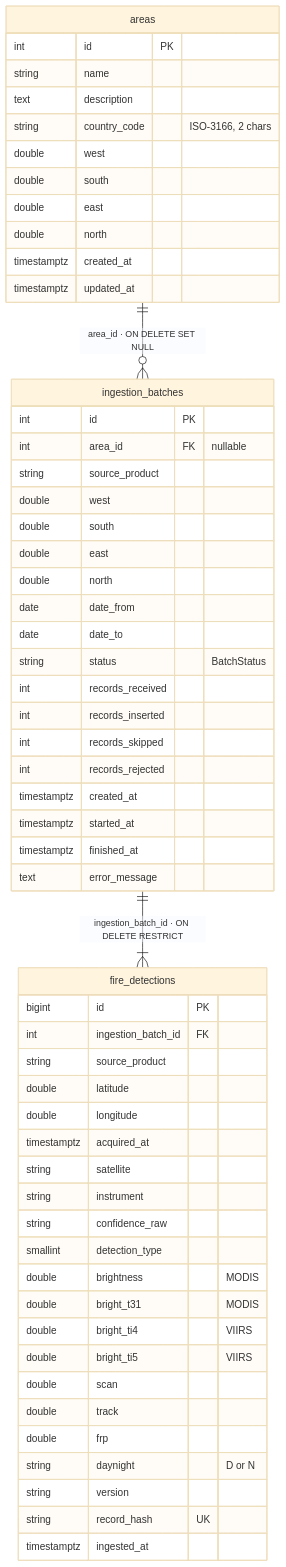
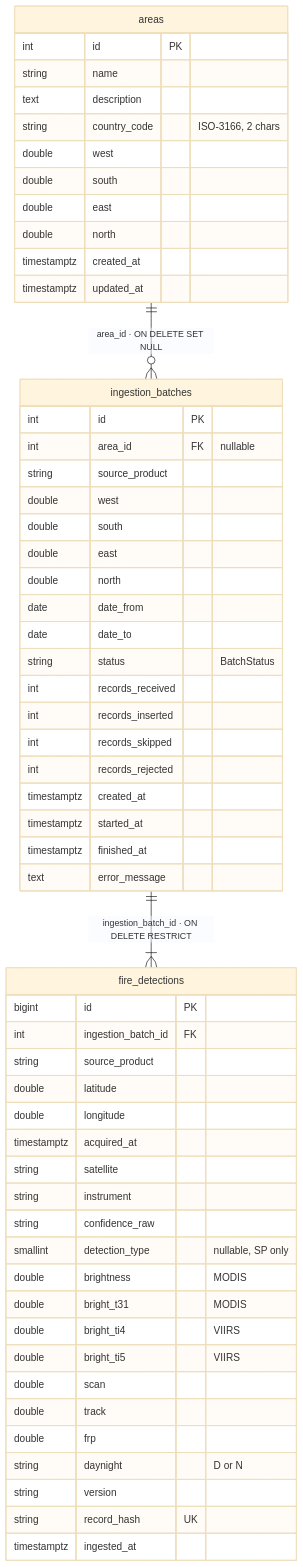
Before and after one commit to Still-Low-Priority/modis-viirs-harmonized: the first of 5 diagrams in README.md, drawn with Mermaid (base theme). The commit also changed other lines of this file and 14 other files, not shown here.

````diff
--- a/README.md
+++ b/README.md
@@ -105,61 +123,61 @@
 ```mermaid
 erDiagram
     areas ||--o{ ingestion_batches : "area_id · ON DELETE SET NULL"
     ingestion_batches ||--|{ fire_detections : "ingestion_batch_id · ON DELETE RESTRICT"
 
     areas {
         int id PK
         string name
         text description
         string country_code "ISO-3166, 2 chars"
         double west
         double south
         double east
         double north
         timestamptz created_at
         timestamptz updated_at
     }
     ingestion_batches {
         int id PK
         int area_id FK "nullable"
         string source_product
         double west
         double south
         double east
         double north
         date date_from
         date date_to
         string status "BatchStatus"
         int records_received
         int records_inserted
         int records_skipped
         int records_rejected
         timestamptz created_at
         timestamptz started_at
         timestamptz finished_at
         text error_message
     }
     fire_detections {
         bigint id PK
         int ingestion_batch_id FK
         string source_product
         double latitude
         double longitude
         timestamptz acquired_at
         string satellite
         string instrument
         string confidence_raw
-        smallint detection_type
+        smallint detection_type "nullable, SP only"
         double brightness "MODIS"
         double bright_t31 "MODIS"
         double bright_ti4 "VIIRS"
         double bright_ti5 "VIIRS"
         double scan
         double track
         double frp
         string daynight "D or N"
         string version
         string record_hash UK
         timestamptz ingested_at
     }
 ```
````
